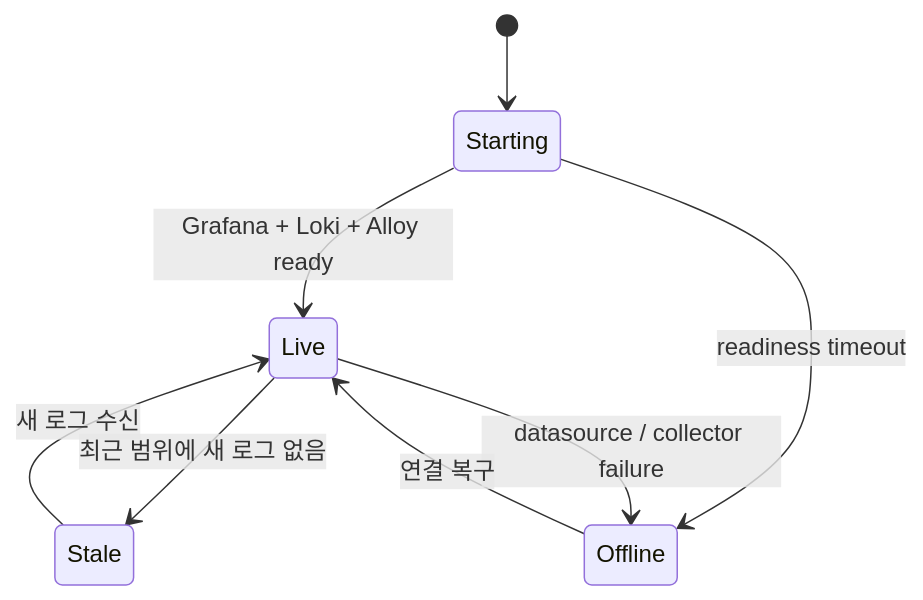
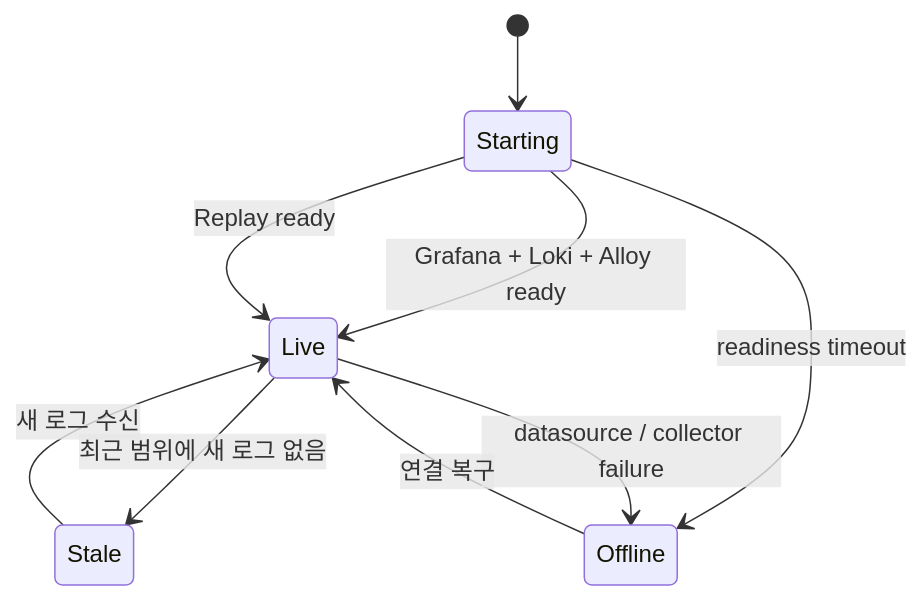
Before and after one commit to lvucatmull/observability-platform: the second of 2 diagrams in docs/architecture.md, drawn with Mermaid. The commit also changed other lines of this file and 32 other files, not shown here.

````diff
--- a/docs/architecture.md
+++ b/docs/architecture.md
@@ -84,10 +103,11 @@
 ```mermaid
 stateDiagram-v2
     [*] --> Starting
     Starting --> Live: Grafana + Loki + Alloy ready
+    Starting --> Live: Replay ready
     Starting --> Offline: readiness timeout
     Live --> Stale: 최근 범위에 새 로그 없음
     Stale --> Live: 새 로그 수신
     Live --> Offline: datasource / collector failure
     Offline --> Live: 연결 복구
 ```
````
